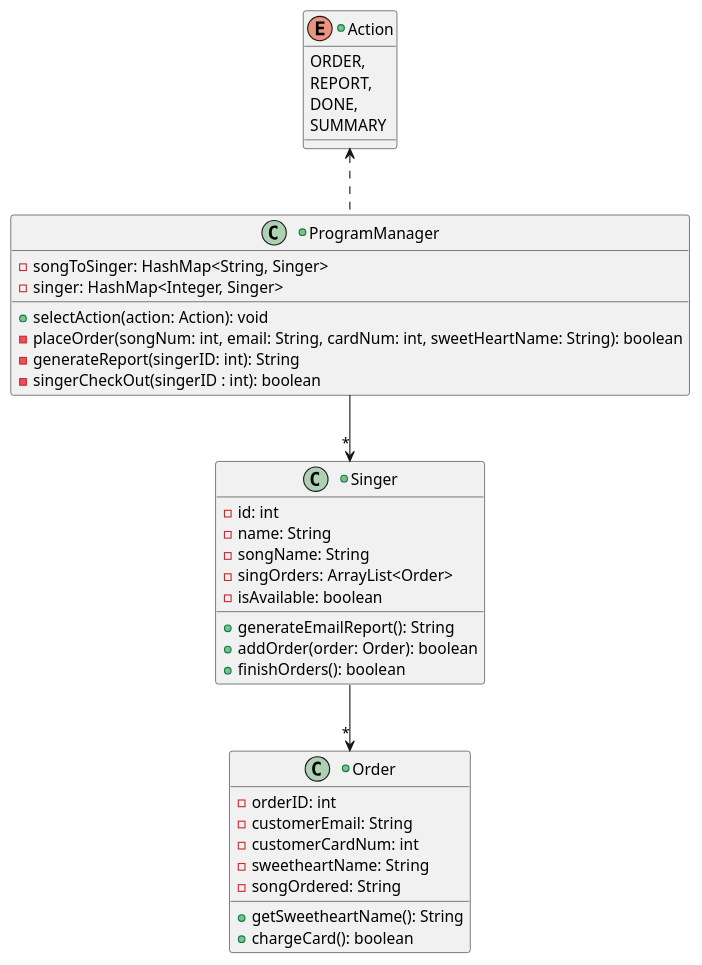
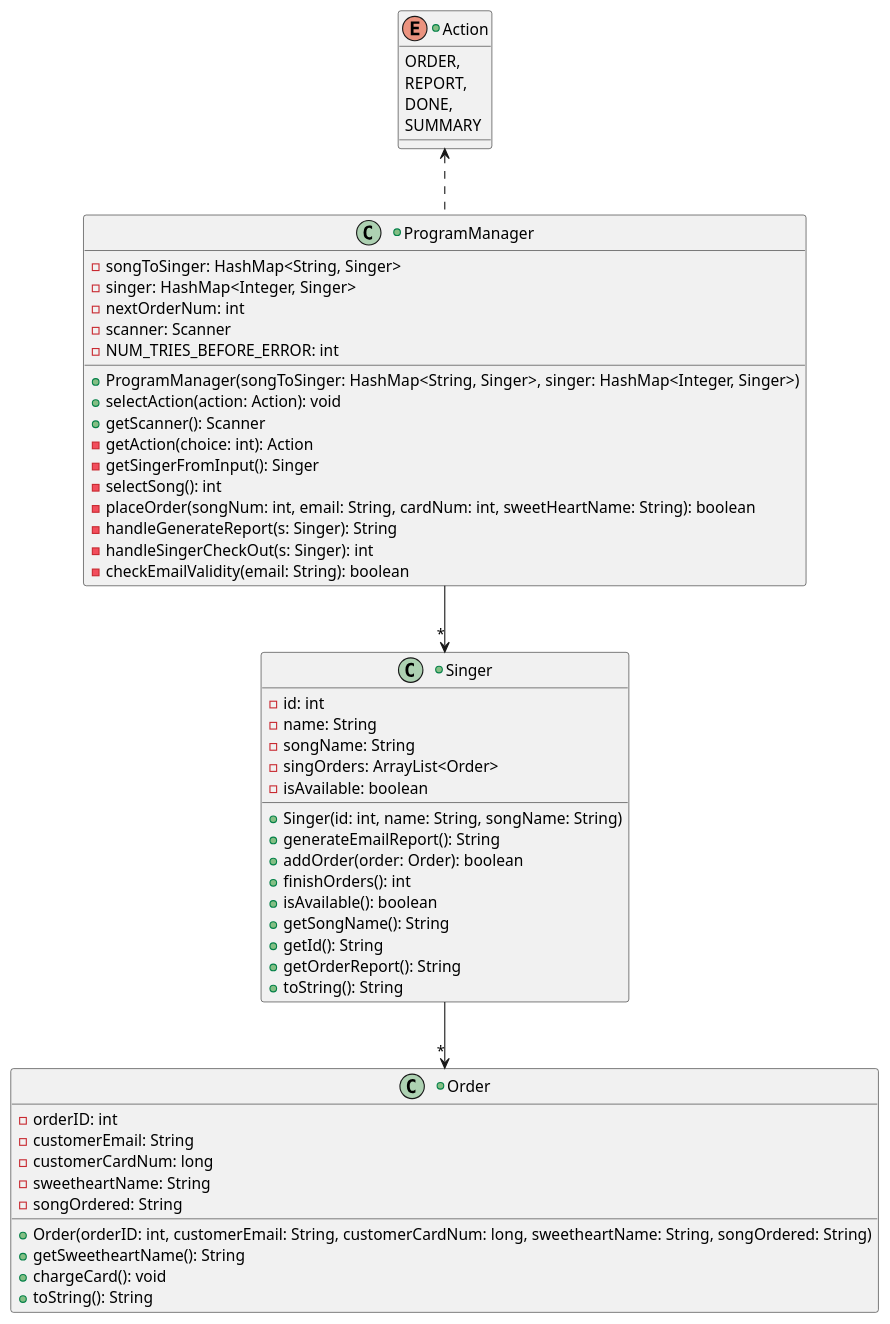
One commit to pjc0210/csse374-hw1 changed the diagram in src/Customer.puml. Above: the diagram before and after it, drawn with PlantUML.

Commit message:
updated uml

```diff
--- a/src/Customer.puml
+++ b/src/Customer.puml
@@ -1,44 +1,64 @@
 @startuml
 'https://plantuml.com/class-diagram
 
 +class ProgramManager {
     - songToSinger: HashMap<String, Singer>
     - singer: HashMap<Integer, Singer>
+    - nextOrderNum: int
+    - scanner: Scanner
+    - NUM_TRIES_BEFORE_ERROR: int
+
+    + ProgramManager(songToSinger: HashMap<String, Singer>, singer: HashMap<Integer, Singer>)
     + selectAction(action: Action): void
+    + getScanner(): Scanner
+    - getAction(choice: int): Action
+    - getSingerFromInput(): Singer
+    - selectSong(): int
     - placeOrder(songNum: int, email: String, cardNum: int, sweetHeartName: String): boolean
-    - generateReport(singerID: int): String
-    - singerCheckOut(singerID : int): boolean
+    - handleGenerateReport(s: Singer): String
+    - handleSingerCheckOut(s: Singer): int
+    - checkEmailValidity(email: String): boolean
 }
 
 +class Order {
     - orderID: int
     - customerEmail: String
-    - customerCardNum: int
+    - customerCardNum: long
     - sweetheartName: String
     - songOrdered: String
+
+    + Order(orderID: int, customerEmail: String, customerCardNum: long, sweetheartName: String, songOrdered: String)
     + getSweetheartName(): String
-    + chargeCard(): boolean
+    + chargeCard(): void
+    + toString(): String
 }
 
 +class Singer {
     - id: int
     - name: String
     - songName: String
     - singOrders: ArrayList<Order>
     - isAvailable: boolean
+
+    + Singer(id: int, name: String, songName: String)
     + generateEmailReport(): String
     + addOrder(order: Order): boolean
-    + finishOrders(): boolean
+    + finishOrders(): int
+    + isAvailable(): boolean
+    + getSongName(): String
+    + getId(): String
+    + getOrderReport(): String
+    + toString(): String
 }
 
 +enum Action {
     ORDER,
     REPORT,
     DONE,
     SUMMARY
 }
 
 ProgramManager .u.> Action
 ProgramManager -->"*" Singer
 Singer -->"*"Order
 @enduml
```
